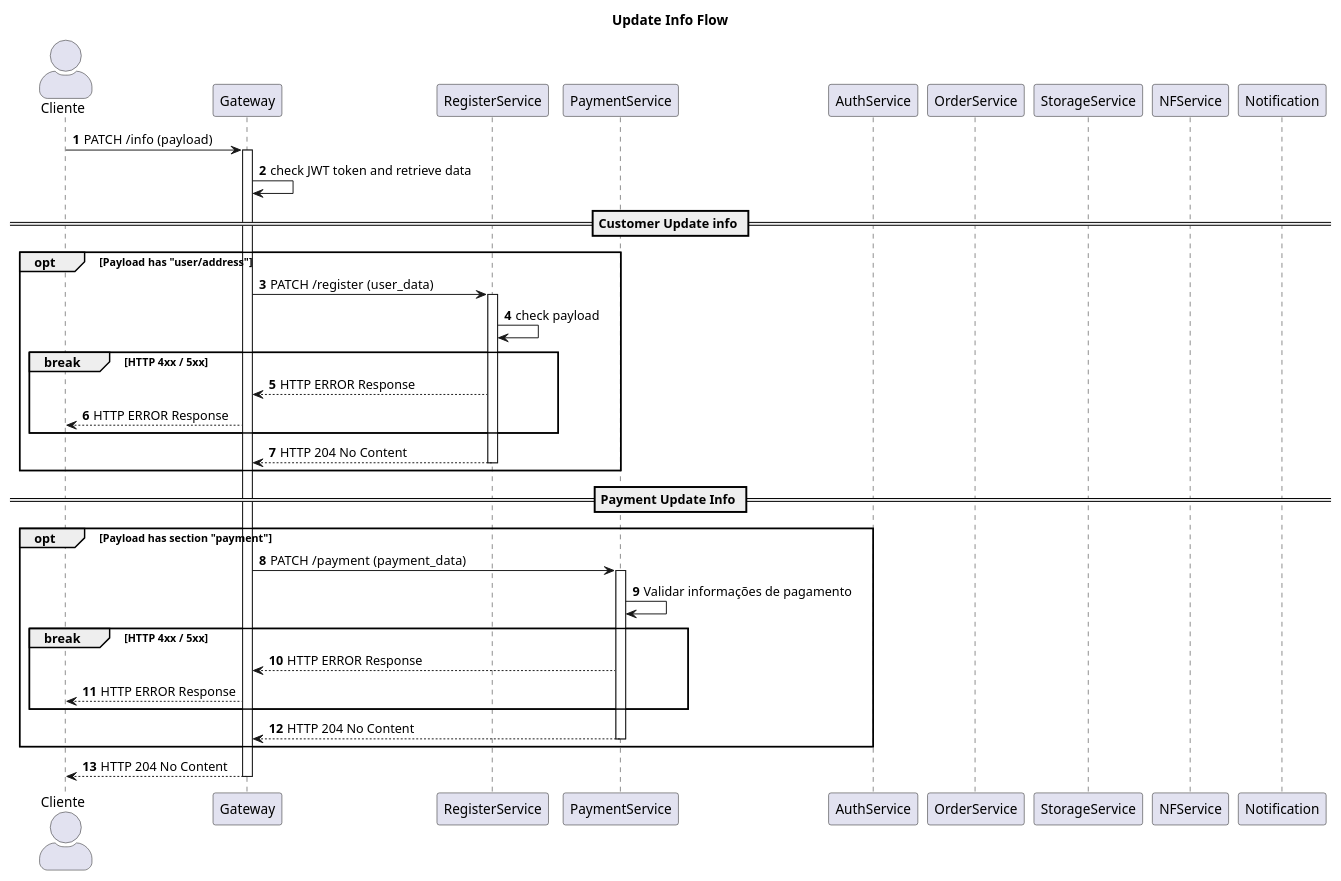
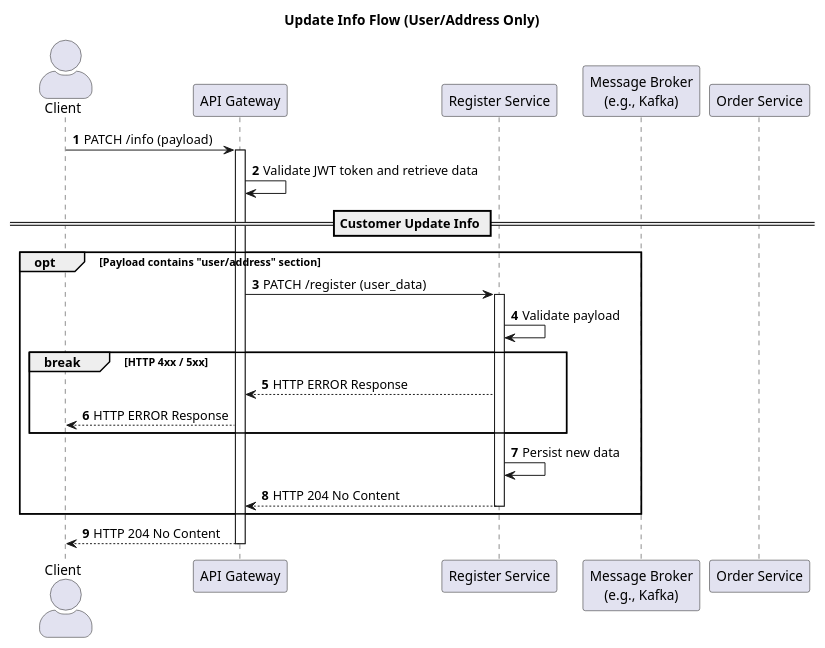
The diagram in sequence-diagrams/customer-update-info.puml (Rodfc773/prevenir-docs), drawn with PlantUML before and after one commit. The commit also changed 5 other files, not shown here.

Commit message:
Adding more sequence diagrams.

```diff
--- a/sequence-diagrams/customer-update-info.puml
+++ b/sequence-diagrams/customer-update-info.puml
@@ -1,56 +1,39 @@
 @startuml
-title Update Info Flow
+title Update Info Flow (User/Address Only)
 skinparam actorStyle awesome
 
-actor Cliente as client
-participant Gateway
-participant RegisterService
-participant PaymentService
-participant AuthService
-participant OrderService
-participant StorageService
-participant NFService
-participant Notification
+actor Client as client
+participant "API Gateway" as Gateway
+participant "Register Service" as RegisterService
+participant "Message Broker\n(e.g., Kafka)" as Broker
+participant "Order Service" as OrderService
 
 autonumber
 
 client -> Gateway: PATCH /info (payload)
 activate Gateway
 
-Gateway -> Gateway: check JWT token and retrieve data
+Gateway -> Gateway: Validate JWT token and retrieve data
 
-== Customer Update info ==
-opt Payload has "user/address"
+== Customer Update Info ==
+opt Payload contains "user/address" section
     Gateway -> RegisterService: PATCH /register (user_data)
     activate RegisterService
-    RegisterService -> RegisterService: check payload
+    RegisterService -> RegisterService: Validate payload
 
-    ' O break interrompe o fluxo aqui se houver erro
+    ' Early return if validation fails
     break HTTP 4xx / 5xx
         RegisterService --> Gateway: HTTP ERROR Response
         Gateway --> client: HTTP ERROR Response
     end
 
+    RegisterService -> RegisterService: Persist new data
+
     RegisterService --> Gateway: HTTP 204 No Content
     deactivate RegisterService
 end
 
-== Payment Update Info ==
-opt Payload has section "payment"
-    Gateway -> PaymentService: PATCH /payment (payment_data)
-    activate PaymentService
-    PaymentService -> PaymentService: Validar informações de pagamento
-
-    ' O mesmo padrão de erro reaproveitado
-    break HTTP 4xx / 5xx
-        PaymentService --> Gateway: HTTP ERROR Response
-        Gateway --> client: HTTP ERROR Response
-    end
-
-    PaymentService --> Gateway: HTTP 204 No Content
-    deactivate PaymentService
-end
-
 Gateway --> client: HTTP 204 No Content
 deactivate Gateway
+
 @enduml
```
